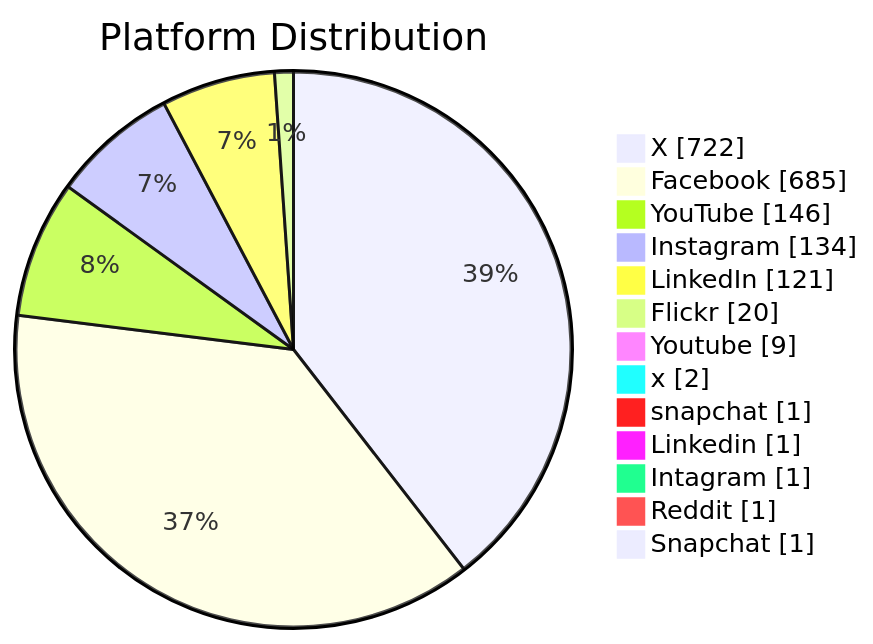
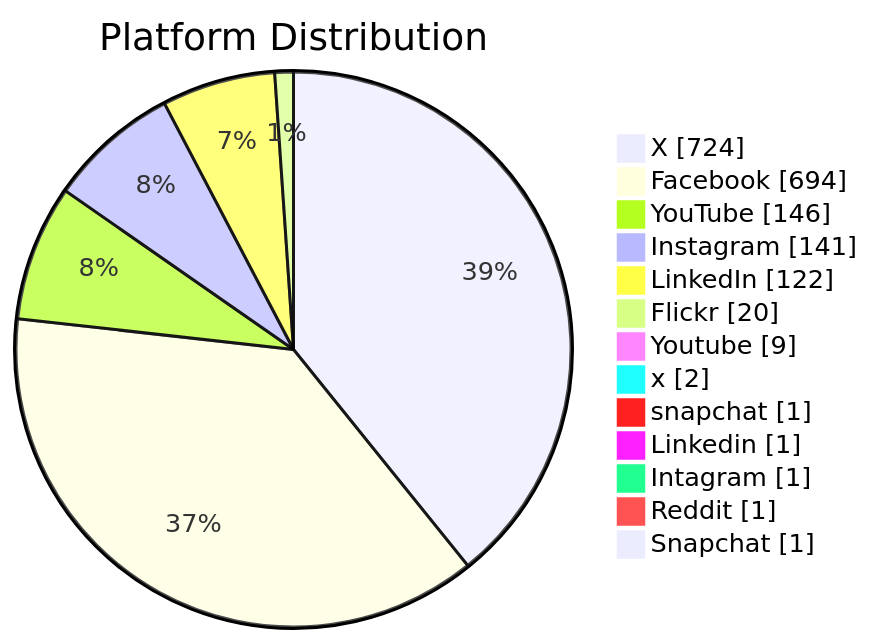
Before and after one commit to PatLittle/GC-Socials: the second of 6 diagrams in README.md, drawn with Mermaid. The commit also changed other lines of this file, not shown here.

Commit message:
Update README with Platform Distribution pie chart

````diff
--- a/README.md
+++ b/README.md
@@ -46,16 +46,16 @@
 ```mermaid
 pie showData title Platform Distribution
-    "X": 722
-    "Facebook": 685
+    "X": 724
+    "Facebook": 694
     "YouTube": 146
-    "Instagram": 134
-    "LinkedIn": 121
+    "Instagram": 141
+    "LinkedIn": 122
     "Flickr": 20
     "Youtube": 9
     "x": 2
     "snapchat": 1
     "Linkedin": 1
     "Intagram": 1
     "Reddit": 1
     "Snapchat": 1
 ```
````
